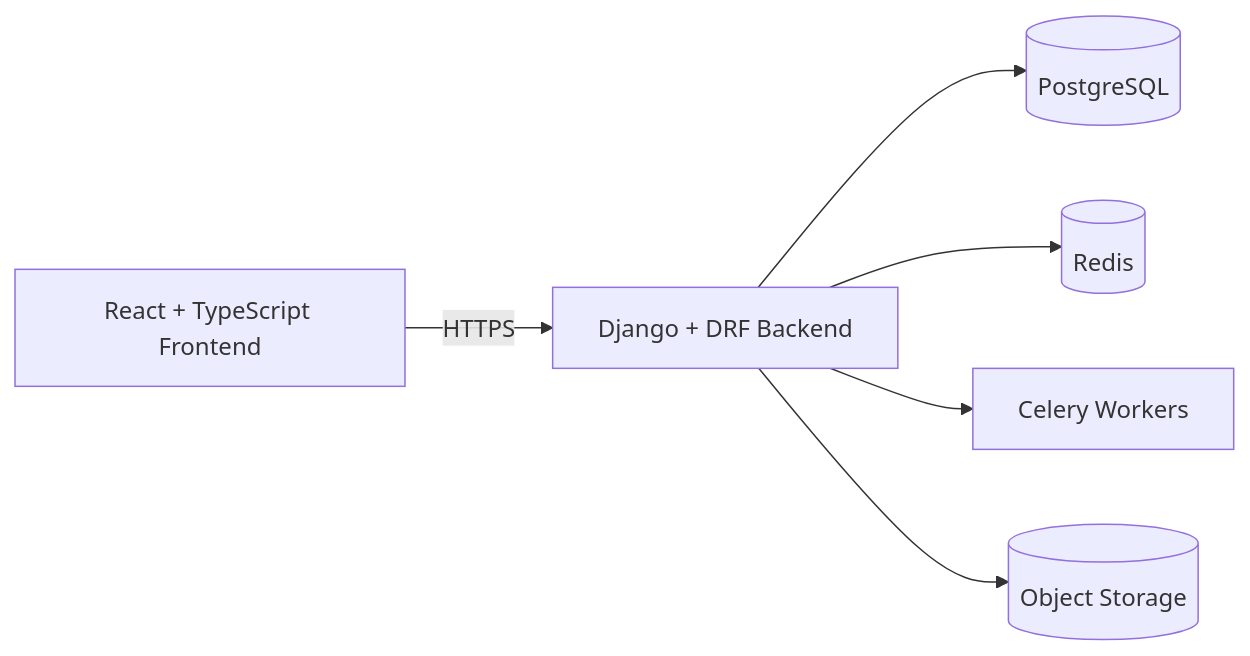
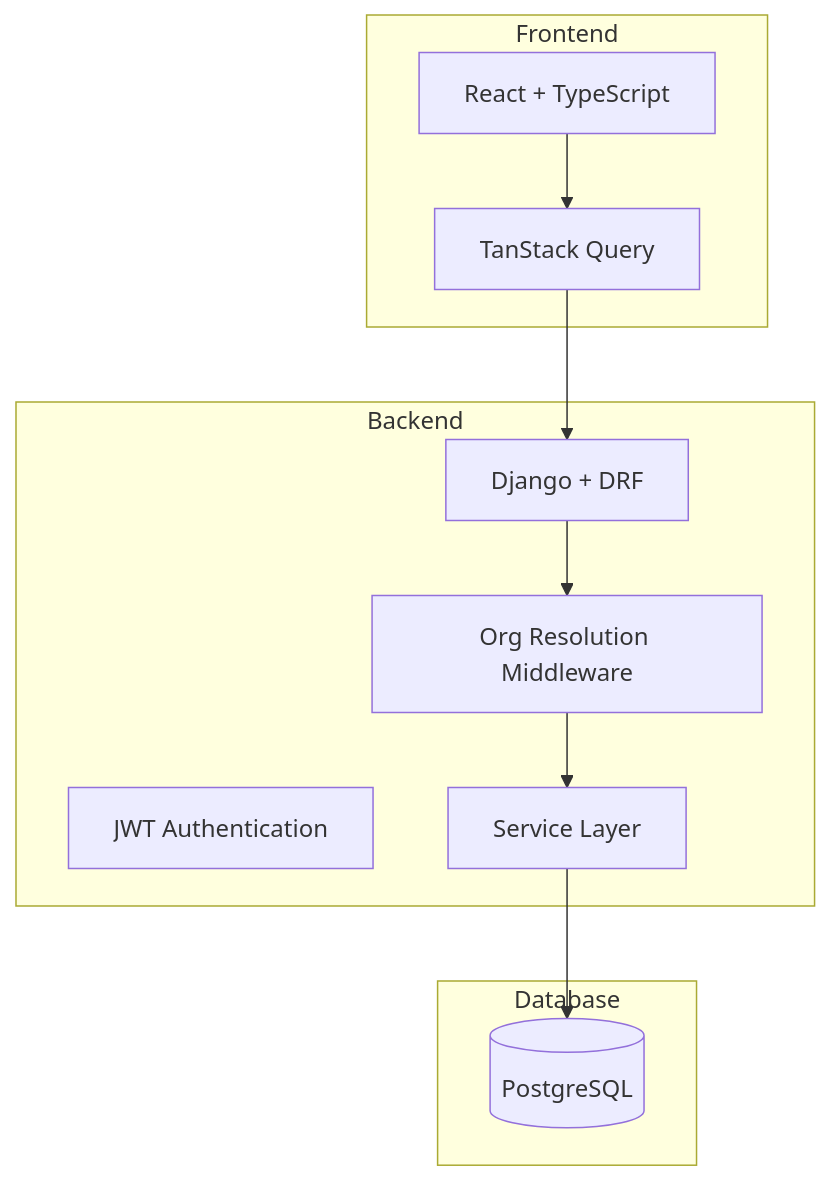
Before and after one commit to anthonynarine/EstateIQ: the fourth of 4 diagrams in README.md, drawn with Mermaid. The commit also changed other lines of this file and 9 other files, not shown here.

````diff
--- a/README.md
+++ b/README.md
@@ -39,15 +152,25 @@
 ``` mermaid
-flowchart LR
-    UI[React + TypeScript Frontend]
-    API[Django + DRF Backend]
-    DB[(PostgreSQL)]
-    REDIS[(Redis)]
-    WORKERS[Celery Workers]
-    STORAGE[(Object Storage)]
+flowchart TB
 
-    UI -->|HTTPS| API
-    API --> DB
-    API --> REDIS
-    API --> WORKERS
-    API --> STORAGE
+  subgraph Frontend
+    React[React + TypeScript]
+    Query[TanStack Query]
+  end
+
+  subgraph Backend
+    Django[Django + DRF]
+    Auth[JWT Authentication]
+    Middleware[Org Resolution Middleware]
+    Services[Service Layer]
+  end
+
+  subgraph Database
+    Postgres[(PostgreSQL)]
+  end
+
+  React --> Query
+  Query --> Django
+  Django --> Middleware
+  Middleware --> Services
+  Services --> Postgres
 ```
````
